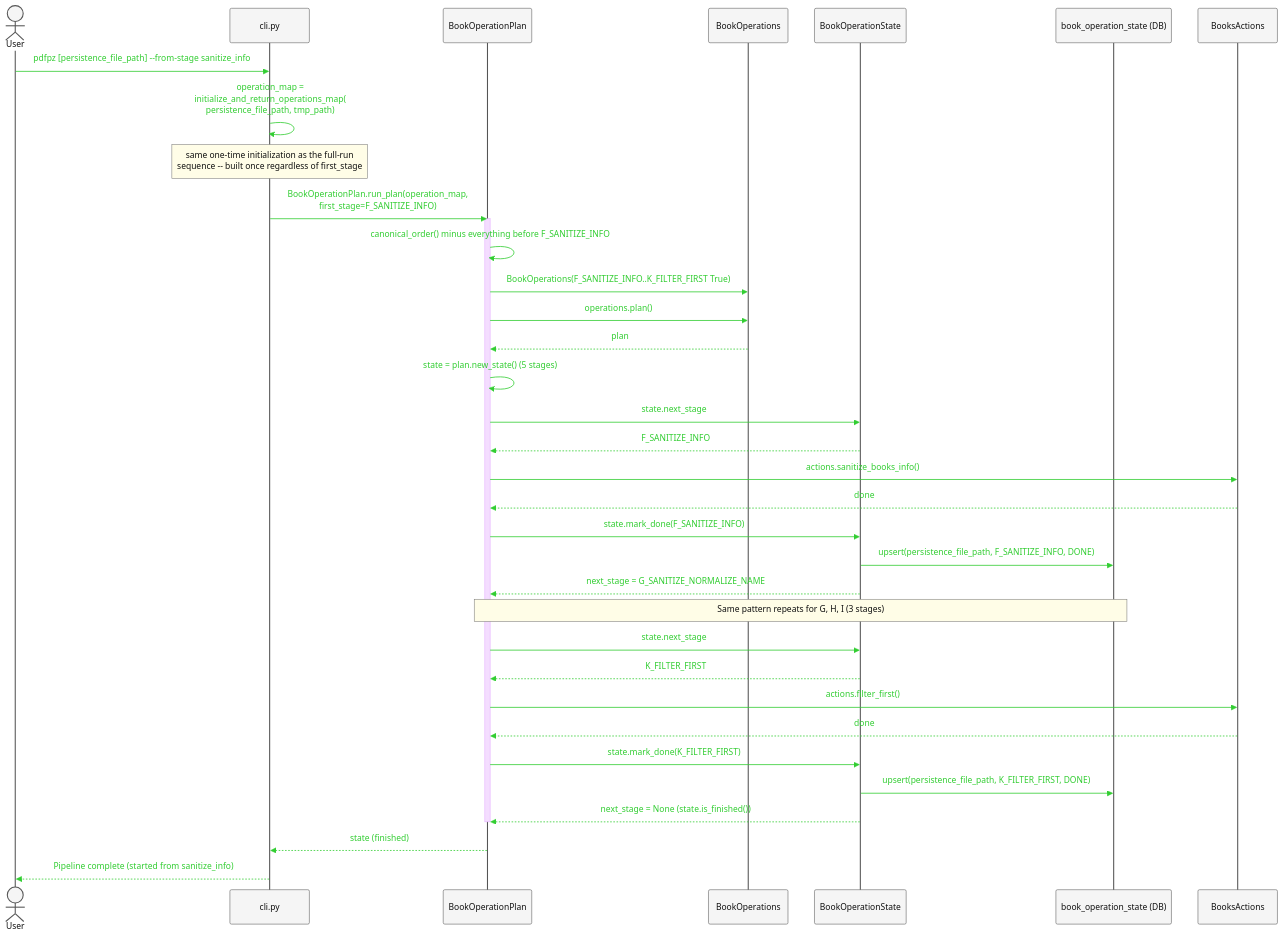
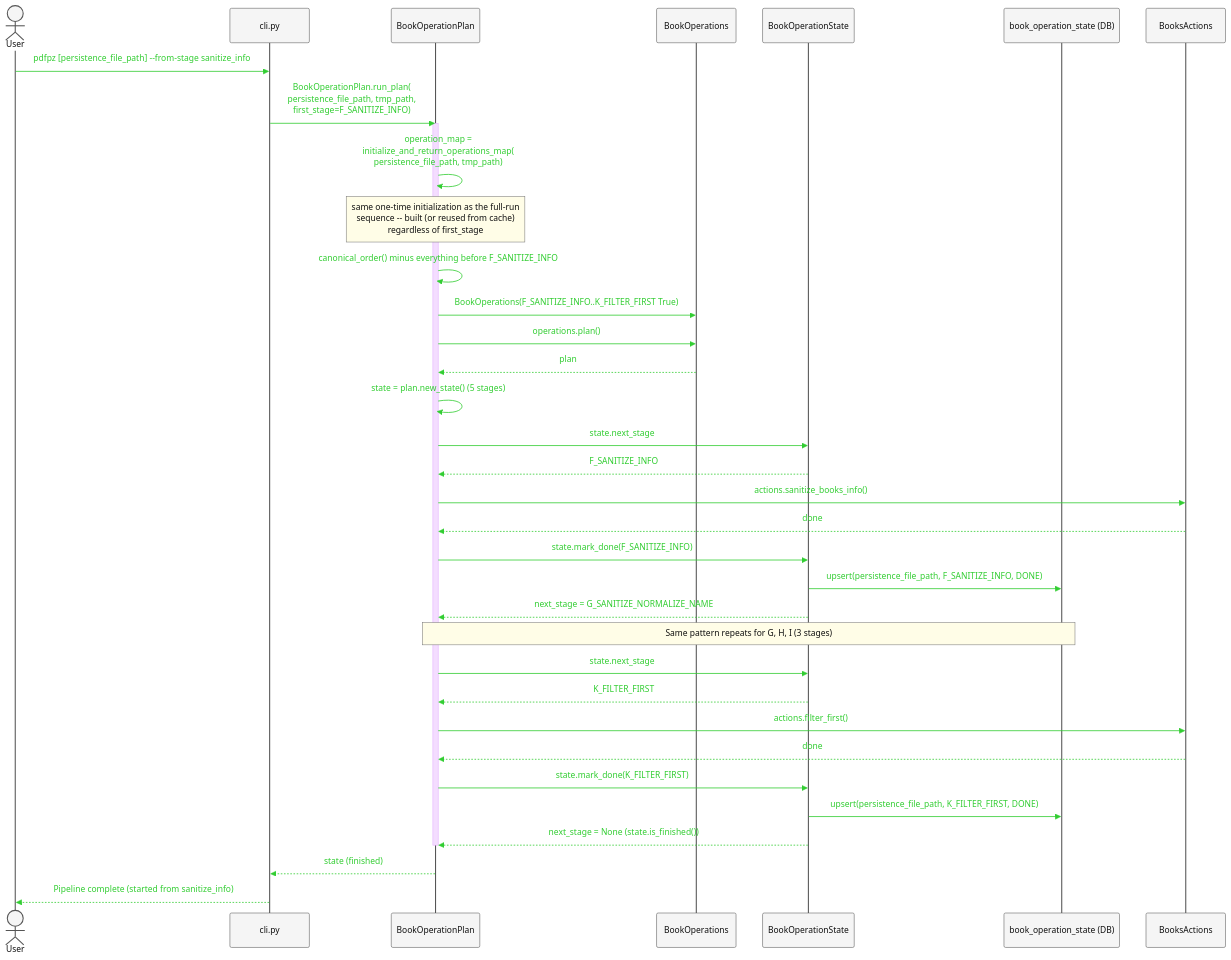
The second of 4 diagrams in src/pdfpz/Docs/api-cli-hl.md (sdhube/forkpdfpz), drawn with Mermaid before and after one commit. The commit also changed other lines of this file, not shown here.

Commit message:
Docs: fix sequences to show operation_map init happening inside run_plan/resume_plan, not cli.py

````diff
--- a/src/pdfpz/Docs/api-cli-hl.md
+++ b/src/pdfpz/Docs/api-cli-hl.md
@@ -142,58 +147,58 @@
 ```mermaid
 %%{init: {
   "theme": "base",
   "themeVariables": {
     "fontSize": "48px",
     "actorFontSize": "48px",
     "messageFontSize": "44px",
     "noteFontSize": "40px",
     "actorBkg": "#f5f5f5",
     "actorBorder": "#555555",
     "actorTextColor": "#111111",
     "signalColor": "#32CD32",
     "signalTextColor": "#32CD32",
     "labelTextColor": "#32CD32",
     "noteBkgColor": "#fffde7",
     "noteBorderColor": "#777777",
     "noteTextColor": "#111111"
   },
   "themeCSS": ".messageText,.signalText,.labelText{fill:#32CD32 !important;stroke:none !important;} .messageLine0,.messageLine1{stroke:#32CD32 !important;}"
 }}%%
 sequenceDiagram
     actor User
     participant CLI as cli.py
     participant Plan as BookOperationPlan
     participant Ops as BookOperations
     participant State as BookOperationState
     participant DB as book_operation_state (DB)
     participant Actions as BooksActions
 
     User->>CLI: pdfpz [persistence_file_path] --from-stage sanitize_info
-    CLI->>CLI: operation_map =<br/>initialize_and_return_operations_map(<br/>persistence_file_path, tmp_path)
-    Note over CLI: same one-time initialization as the full-run<br/>sequence -- built once regardless of first_stage
-    CLI->>Plan: BookOperationPlan.run_plan(operation_map,<br/>first_stage=F_SANITIZE_INFO)
+    CLI->>Plan: BookOperationPlan.run_plan(<br/>persistence_file_path, tmp_path,<br/>first_stage=F_SANITIZE_INFO)
     activate Plan
+    Plan->>Plan: operation_map =<br/>initialize_and_return_operations_map(<br/>persistence_file_path, tmp_path)
+    Note over Plan: same one-time initialization as the full-run<br/>sequence -- built (or reused from cache)<br/>regardless of first_stage
     Plan->>Plan: canonical_order() minus everything before F_SANITIZE_INFO
     Plan->>Ops: BookOperations(F_SANITIZE_INFO..K_FILTER_FIRST True)
     Plan->>Ops: operations.plan()
     Ops-->>Plan: plan
     Plan->>Plan: state = plan.new_state() (5 stages)
     Plan->>State: state.next_stage
     State-->>Plan: F_SANITIZE_INFO
     Plan->>Actions: actions.sanitize_books_info()
     Actions-->>Plan: done
     Plan->>State: state.mark_done(F_SANITIZE_INFO)
     State->>DB: upsert(persistence_file_path, F_SANITIZE_INFO, DONE)
     State-->>Plan: next_stage = G_SANITIZE_NORMALIZE_NAME
     Note over Plan,DB: Same pattern repeats for G, H, I (3 stages)
     Plan->>State: state.next_stage
     State-->>Plan: K_FILTER_FIRST
     Plan->>Actions: actions.filter_first()
     Actions-->>Plan: done
     Plan->>State: state.mark_done(K_FILTER_FIRST)
     State->>DB: upsert(persistence_file_path, K_FILTER_FIRST, DONE)
     State-->>Plan: next_stage = None (state.is_finished())
     deactivate Plan
     Plan-->>CLI: state (finished)
     CLI-->>User: Pipeline complete (started from sanitize_info)
 ```
````
